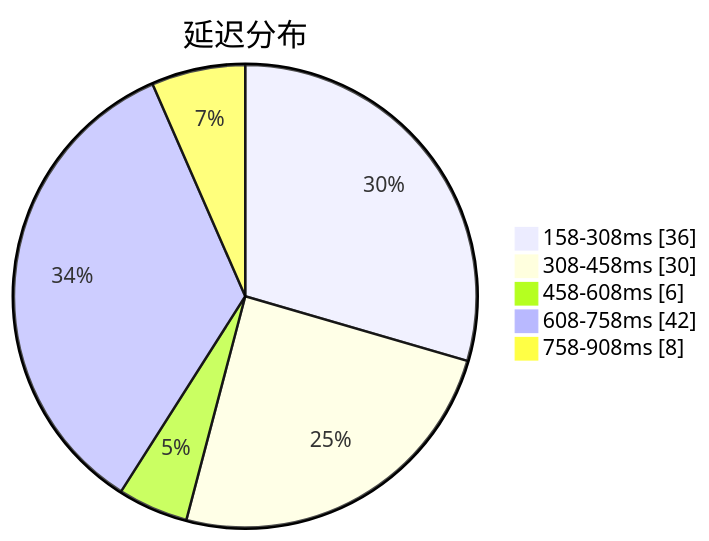
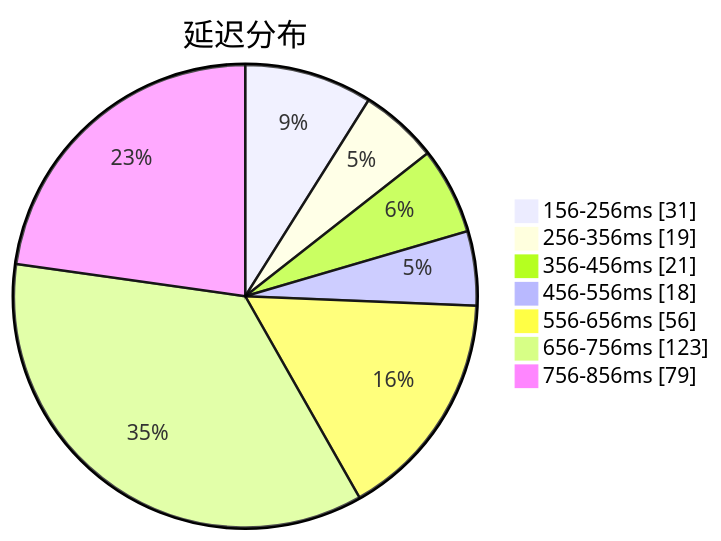
One commit to qjlxg/airport changed the first of 3 diagrams in subs/statistics/tested_within.md. Above: the diagram before and after it, drawn with Mermaid. The commit also changed other lines of this file and 2 other files, not shown here.

````diff
--- a/subs/statistics/tested_within.md
+++ b/subs/statistics/tested_within.md
@@ -2,9 +2,11 @@
 ```mermaid
 pie showData
 title 延迟分布
-"158-308ms" : 36
-"308-458ms" : 30
-"458-608ms" : 6
-"608-758ms" : 42
-"758-908ms" : 8
+"156-256ms" : 31
+"256-356ms" : 19
+"356-456ms" : 21
+"456-556ms" : 18
+"556-656ms" : 56
+"656-756ms" : 123
+"756-856ms" : 79
 ```
````
